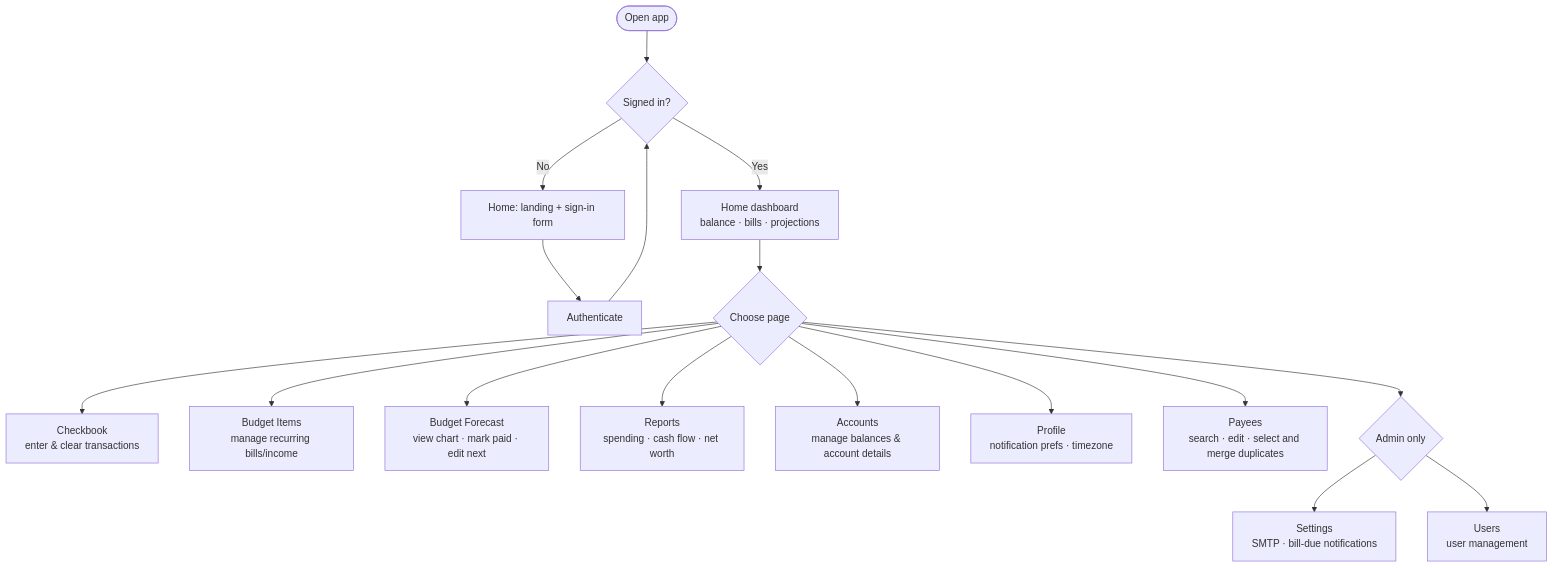
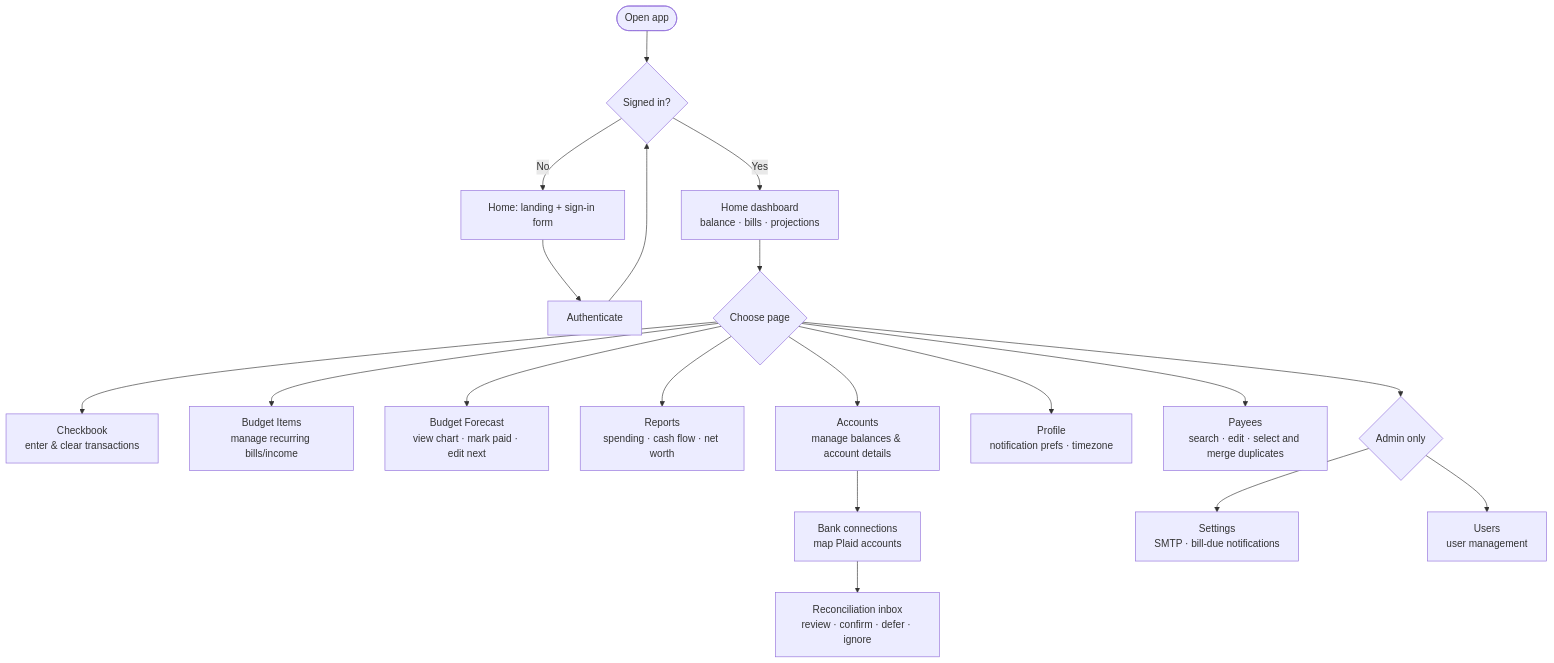
The second of 2 diagrams in README.md (clintonfrankland/its-a-budget), drawn with Mermaid before and after one commit. The commit also changed other lines of this file and 10 other files, not shown here.

Commit message:
Add Plaid reconciliation inbox

````diff
--- a/README.md
+++ b/README.md
@@ -179,19 +179,21 @@
 ```mermaid
 flowchart TD
     A([Open app]) --> B{Signed in?}
     B -- No --> C[Home: landing + sign-in form]
     C --> D[Authenticate]
     D --> B
     B -- Yes --> E[Home dashboard\nbalance · bills · projections]
     E --> F{Choose page}
     F --> G[Checkbook\nenter & clear transactions]
     F --> H[Budget Items\nmanage recurring bills/income]
     F --> I[Budget Forecast\nview chart · mark paid · edit next]
     F --> J[Reports\nspending · cash flow · net worth]
     F --> K[Accounts\nmanage balances & account details]
+    K --> Q[Bank connections\nmap Plaid accounts]
+    Q --> R[Reconciliation inbox\nreview · confirm · defer · ignore]
     F --> L[Profile\nnotification prefs · timezone]
     F --> P[Payees\nsearch · edit · select and merge duplicates]
     F --> M{Admin only}
     M --> N[Settings\nSMTP · bill-due notifications]
     M --> O[Users\nuser management]
 ```
````
